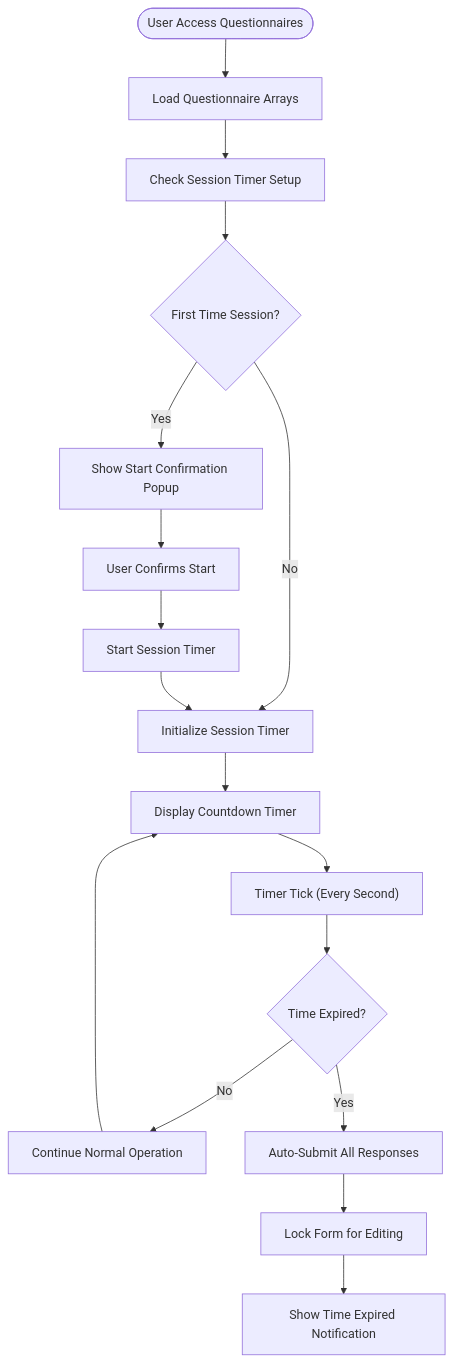
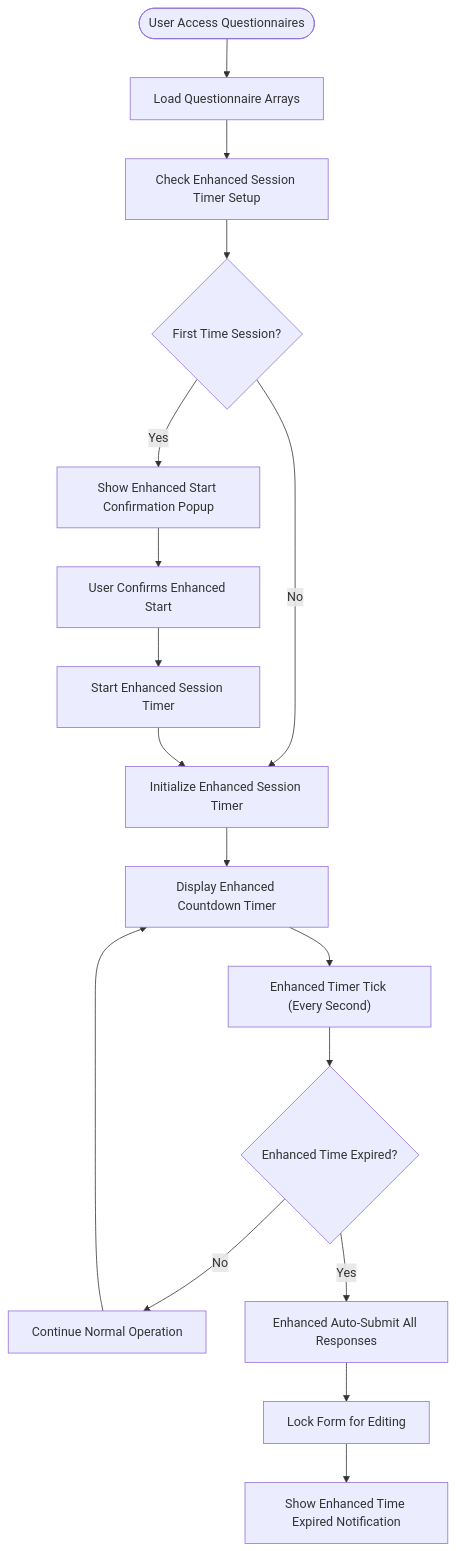
One commit to rudicatsmile/assesment360 changed the second of 9 diagrams in .qoder/repowiki/en/content/Core Features/Evaluation Workflows/Questionnaire Filling Interface.md. Above: the diagram before and after it, drawn with Mermaid. The commit also changed other lines of this file and 6 other files, not shown here.

````diff
--- a/.qoder/repowiki/en/content/Core Features/Evaluation Workflows/Questionnaire Filling Interface.md
+++ b/.qoder/repowiki/en/content/Core Features/Evaluation Workflows/Questionnaire Filling Interface.md
@@ -182,19 +187,19 @@
 ```mermaid
 flowchart TD
 Start(["User Access Questionnaires"]) --> Load["Load Questionnaire Arrays"]
-Load --> CheckSession["Check Session Timer Setup"]
+Load --> CheckSession["Check Enhanced Session Timer Setup"]
 CheckSession --> ShowStartPopup{"First Time Session?"}
-ShowStartPopup --> |Yes| ShowPopup["Show Start Confirmation Popup"]
-ShowStartPopup --> |No| InitTimer["Initialize Session Timer"]
-ShowPopup --> UserConfirm["User Confirms Start"]
-UserConfirm --> StartTimer["Start Session Timer"]
+ShowStartPopup --> |Yes| ShowPopup["Show Enhanced Start Confirmation Popup"]
+ShowStartPopup --> |No| InitTimer["Initialize Enhanced Session Timer"]
+ShowPopup --> UserConfirm["User Confirms Enhanced Start"]
+UserConfirm --> StartTimer["Start Enhanced Session Timer"]
 StartTimer --> InitTimer
-InitTimer --> DisplayTimer["Display Countdown Timer"]
-DisplayTimer --> Tick["Timer Tick (Every Second)"]
-Tick --> CheckExpiry{"Time Expired?"}
+InitTimer --> DisplayTimer["Display Enhanced Countdown Timer"]
+DisplayTimer --> Tick["Enhanced Timer Tick (Every Second)"]
+Tick --> CheckExpiry{"Enhanced Time Expired?"}
 CheckExpiry --> |No| Continue["Continue Normal Operation"]
-CheckExpiry --> |Yes| AutoSubmit["Auto-Submit All Responses"]
+CheckExpiry --> |Yes| AutoSubmit["Enhanced Auto-Submit All Responses"]
 AutoSubmit --> LockForm["Lock Form for Editing"]
-LockForm --> ShowExpired["Show Time Expired Notification"]
+LockForm --> ShowExpired["Show Enhanced Time Expired Notification"]
 Continue --> DisplayTimer
 ```
````
